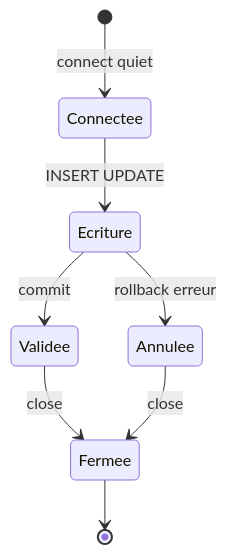
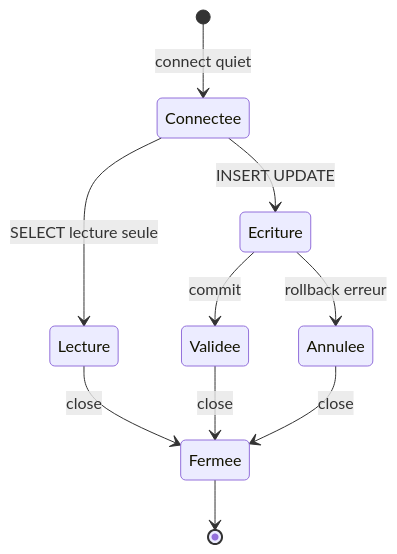
The third of 3 diagrams in docs/architecture.md (Primica/exampy), drawn with Mermaid before and after one commit. The commit also changed other lines of this file and 8 other files, not shown here.

````diff
--- a/docs/architecture.md
+++ b/docs/architecture.md
@@ -70,10 +88,12 @@
 ```mermaid
 stateDiagram-v2
-  [*] --> Connectee: connect quiet
-  Connectee --> Ecriture: INSERT UPDATE
-  Ecriture --> Validee: commit
-  Ecriture --> Annulee: rollback erreur
-  Validee --> Fermee: close
-  Annulee --> Fermee: close
-  Fermee --> [*]
+    [*] --> Connectee: connect quiet
+    Connectee --> Ecriture: INSERT UPDATE
+    Connectee --> Lecture: SELECT lecture seule
+    Ecriture --> Validee: commit
+    Ecriture --> Annulee: rollback erreur
+    Lecture --> Fermee: close
+    Validee --> Fermee: close
+    Annulee --> Fermee: close
+    Fermee --> [*]
 ```
````
